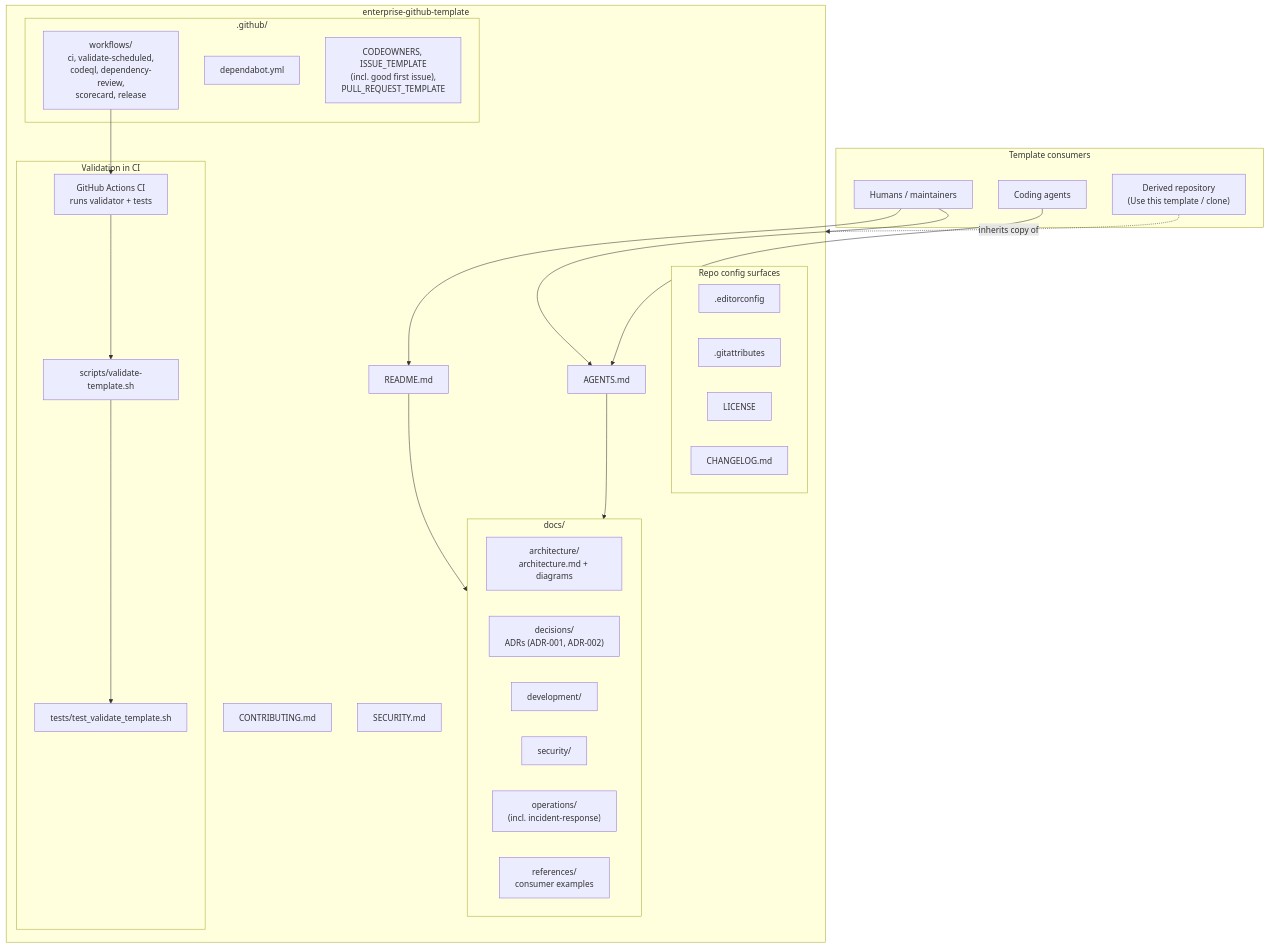
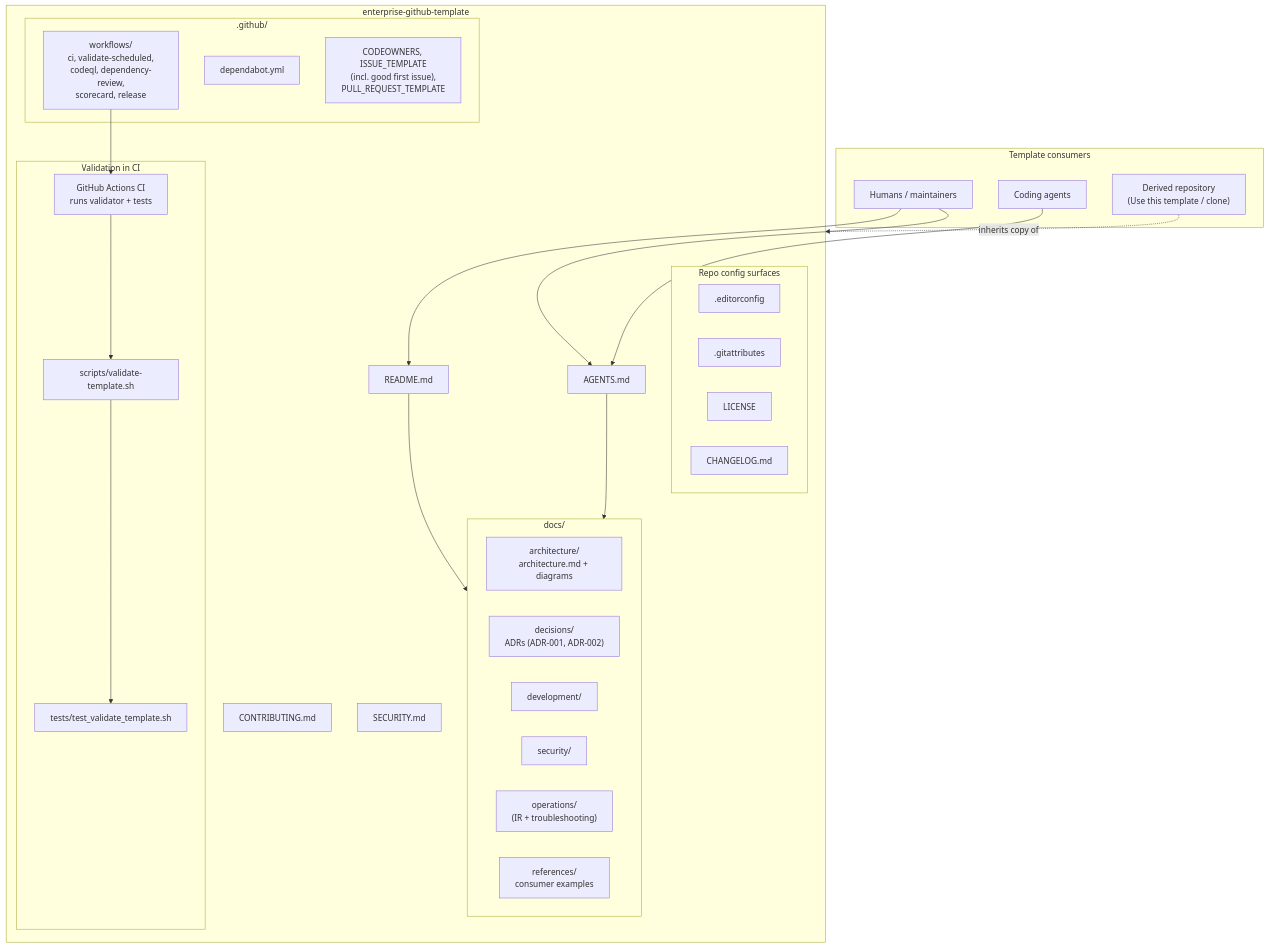
One commit to rmkr-dev/enterprise-github-template changed the diagram in docs/architecture/architecture-diagram.md. Above: the diagram before and after it, drawn with Mermaid. The commit also changed 2 other files, not shown here.

Commit message:
docs: note editor defaults, diagram troubleshooting, CHANGELOG

````diff
--- a/docs/architecture/architecture-diagram.md
+++ b/docs/architecture/architecture-diagram.md
@@ -5,53 +5,53 @@
 ```mermaid
 flowchart TB
   subgraph consumers["Template consumers"]
     Human["Humans / maintainers"]
     Agents["Coding agents"]
     Derived["Derived repository<br/>(Use this template / clone)"]
   end
 
   subgraph template["enterprise-github-template"]
     README["README.md"]
     AGENTS["AGENTS.md"]
     Contrib["CONTRIBUTING.md"]
     SecRoot["SECURITY.md"]
 
     subgraph docs["docs/"]
       Arch["architecture/<br/>architecture.md + diagrams"]
       Dec["decisions/<br/>ADRs (ADR-001, ADR-002)"]
       Dev["development/"]
       Sec["security/"]
-      Ops["operations/<br/>(incl. incident-response)"]
+      Ops["operations/<br/>(IR + troubleshooting)"]
       Refs["references/<br/>consumer examples"]
     end
 
     subgraph github[".github/"]
       WF["workflows/<br/>ci, validate-scheduled,<br/>codeql, dependency-review,<br/>scorecard, release"]
       Dep["dependabot.yml"]
       Hygiene["CODEOWNERS, ISSUE_TEMPLATE<br/>(incl. good first issue),<br/>PULL_REQUEST_TEMPLATE"]
     end
 
     subgraph tooling["Validation in CI"]
       Script["scripts/validate-template.sh"]
       Tests["tests/test_validate_template.sh"]
       Actions["GitHub Actions CI<br/>runs validator + tests"]
     end
 
     subgraph config["Repo config surfaces"]
       Editor[".editorconfig"]
       GitAttr[".gitattributes"]
       License["LICENSE"]
       Changelog["CHANGELOG.md"]
     end
   end
 
   Human --> README
   Agents --> AGENTS
   Human --> AGENTS
   README --> docs
   AGENTS --> docs
   WF --> Actions
   Actions --> Script
   Script --> Tests
   Derived -.->|"inherits copy of"| template
 ```
````
